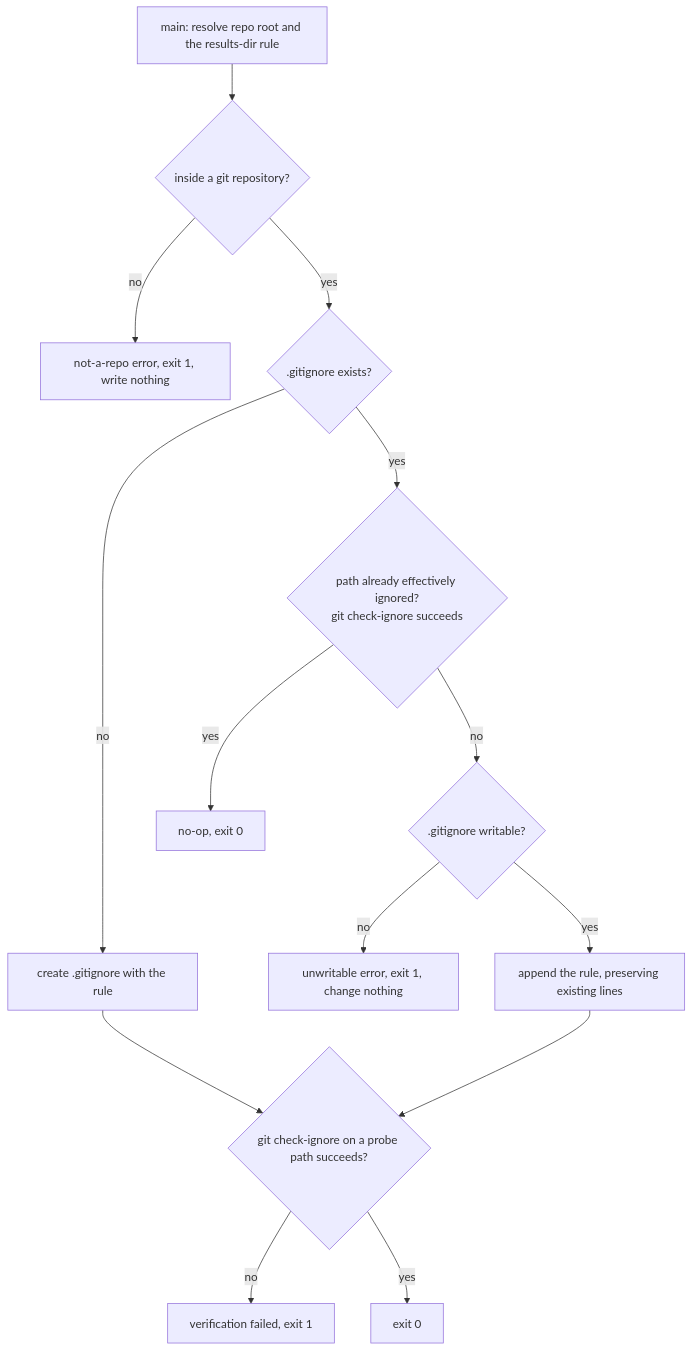
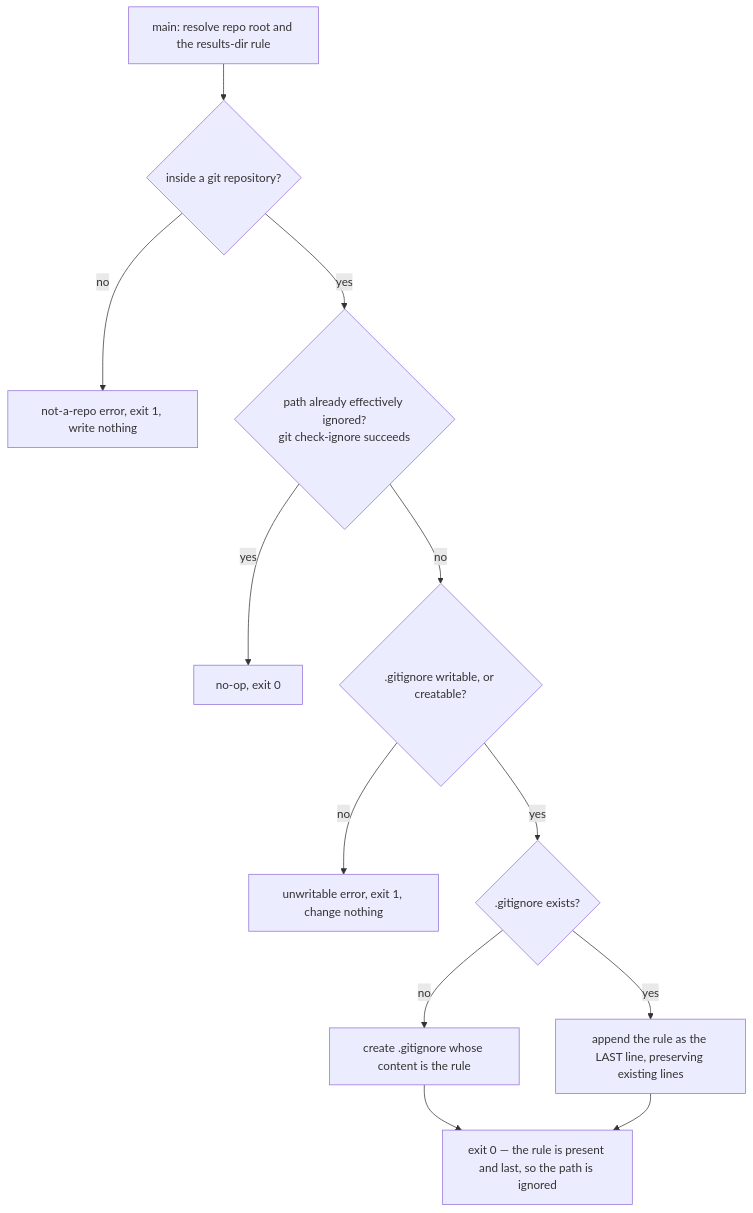
The diagram in .agents/specs/aced/setup/ignore-run-output/README.md (cyberuni/cyber-sdd), drawn with Mermaid before and after one commit. The commit also changed other lines of this file and 2 other files, not shown here.

First line of the commit message:
fix(aced): remove post-write X3 edge from ignore-run-output, append-last-wins (304-M3 unit 1)

````diff
--- a/.agents/specs/aced/setup/ignore-run-output/README.md
+++ b/.agents/specs/aced/setup/ignore-run-output/README.md
@@ -43,16 +47,14 @@
 ```mermaid
 flowchart TD
   A[main: resolve repo root and the results-dir rule] --> B{inside a git repository?}
   B -- no --> X1[not-a-repo error, exit 1, write nothing]
-  B -- yes --> C{.gitignore exists?}
-  C -- no --> D[create .gitignore with the rule]
-  C -- yes --> E{path already effectively ignored?\ngit check-ignore succeeds}
+  B -- yes --> E{path already effectively ignored?\ngit check-ignore succeeds}
   E -- yes --> Z0[no-op, exit 0]
-  E -- no --> F{.gitignore writable?}
-  F -- no --> X2[unwritable error, exit 1, change nothing]
-  F -- yes --> G[append the rule, preserving existing lines]
-  D --> H{git check-ignore on a probe path succeeds?}
-  G --> H
-  H -- no --> X3[verification failed, exit 1]
-  H -- yes --> Z1[exit 0]
+  E -- no --> W{.gitignore writable, or creatable?}
+  W -- no --> X2[unwritable error, exit 1, change nothing]
+  W -- yes --> C{.gitignore exists?}
+  C -- no --> D[create .gitignore whose content is the rule]
+  C -- yes --> G[append the rule as the LAST line, preserving existing lines]
+  D --> Z1[exit 0 — the rule is present and last, so the path is ignored]
+  G --> Z1
 ```
````
